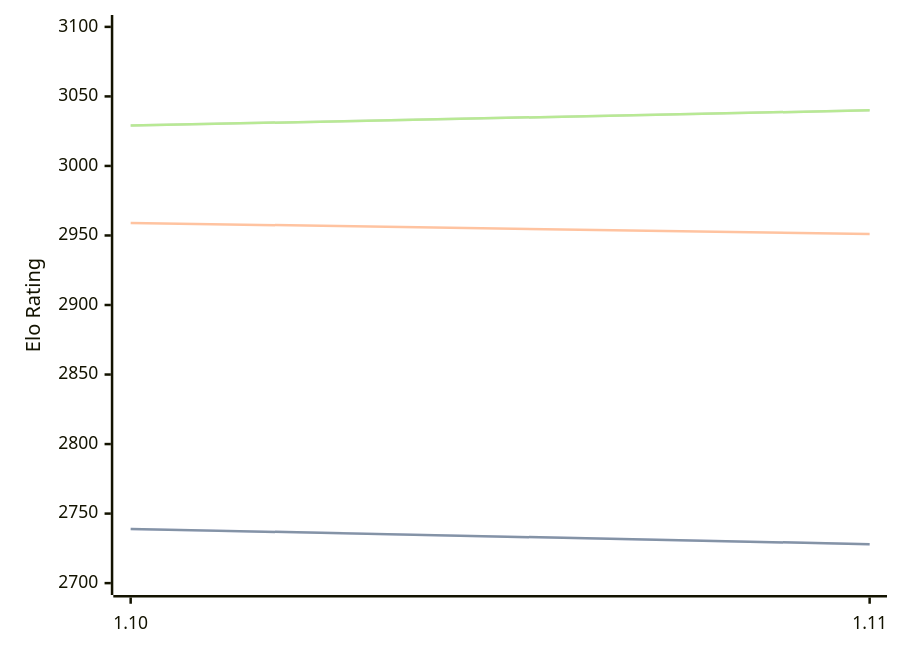
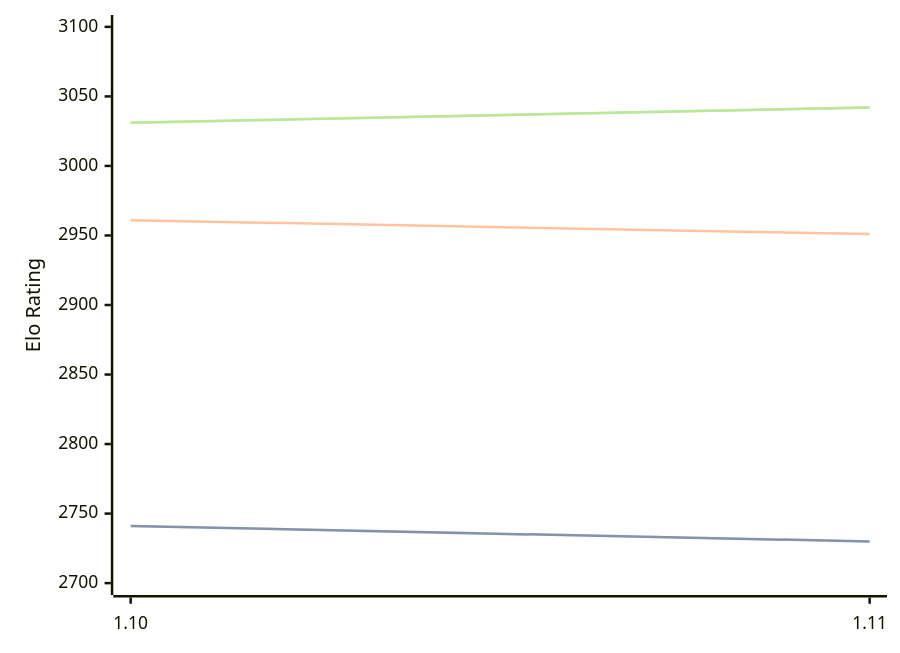
Before and after one commit to computer-chess-index/cci: the diagram in engines/Roc.md, drawn with Mermaid. The commit also changed other lines of this file, not shown here.

Commit message:
Update CCI Ratings (ELO VLTC) - 2026-09-13

````diff
--- a/engines/Roc.md
+++ b/engines/Roc.md
@@ -42,11 +42,11 @@
 ```mermaid
 %%{init: {"theme":"base","themeVariables":{"seriesColors:['#a3a3a3','#222221','#faa371']}}}%%
 xychart-beta
   x-axis ["1.10", "1.11"]
   y-axis "Elo Rating" 2700 --> 3100
-  line "" [2739, 2728]
-  line "STC (8.0+0.08s)" [2739, 2728]
-  line "LTC (60.0+0.60s)" [2959, 2951]
-  line "" [3029, 3040]
-  line "VLTC (2m24s+1.12s)" [3029, 3040]
+  line "" [2741, 2730]
+  line "STC (8.0+0.08s)" [2741, 2730]
+  line "LTC (60.0+0.60s)" [2961, 2951]
+  line "" [3031, 3042]
+  line "VLTC (2m24s+1.12s)" [3031, 3042]
 ```
````
